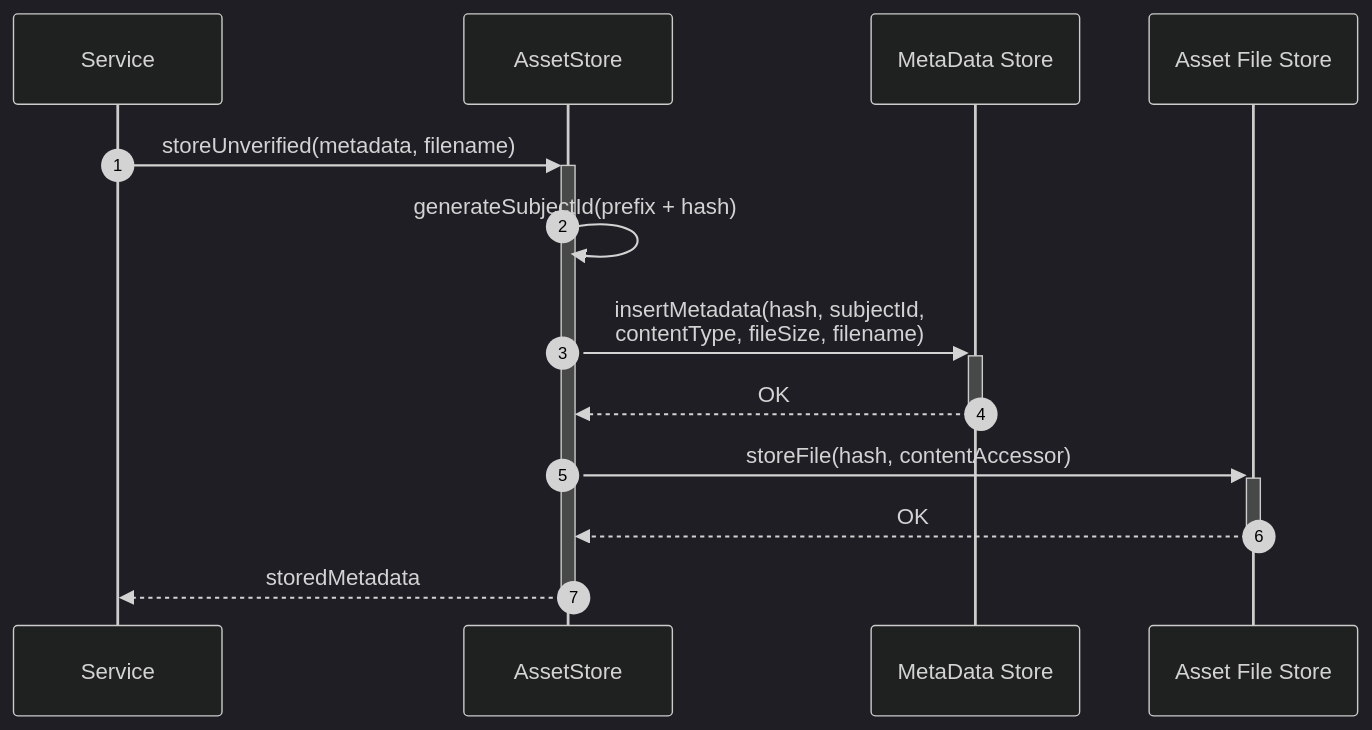
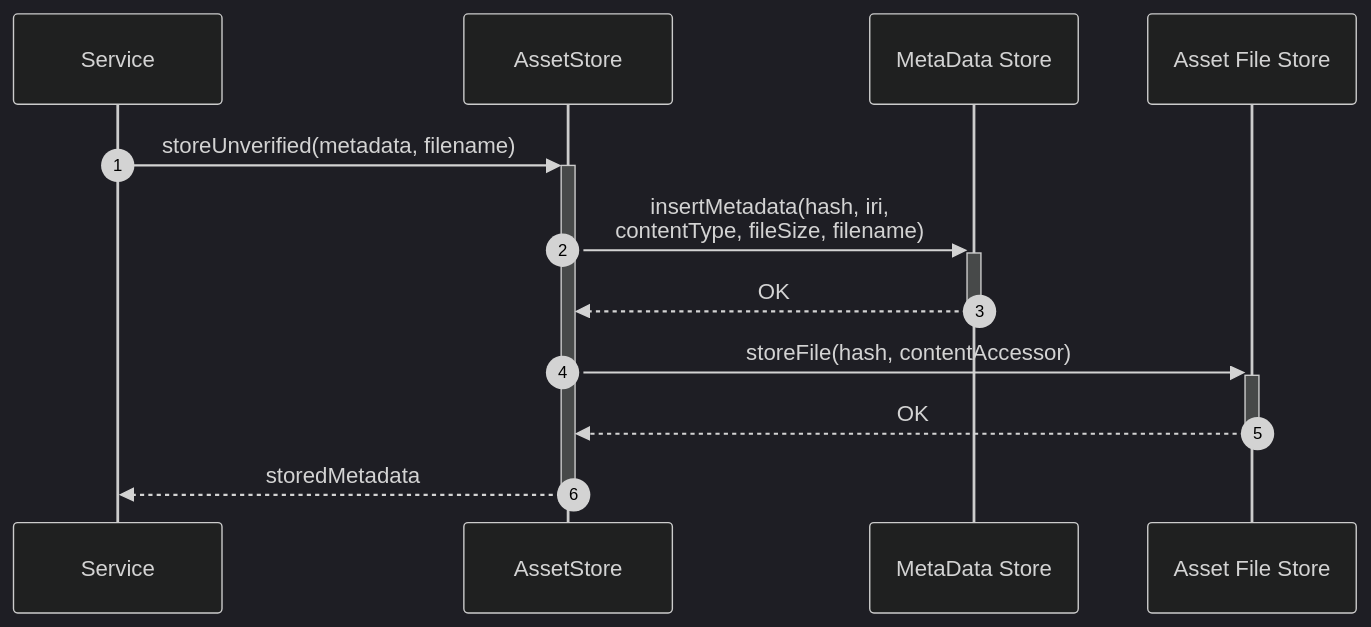
Diagram 32 of 35 in federated-catalogue/src/docs/architecture/chapters/06_runtime_view.adoc (federated-catalogue-enhancements-2026/docs), drawn with Mermaid (dark theme) before and after one commit. The commit also changed other lines of this file and 4 other files, not shown here.

First line of the commit message:
Enhancement  [CAT-FR-AM-02] Asset IRI Assignment (#11)

```diff
--- a/federated-catalogue/src/docs/architecture/chapters/06_runtime_view.adoc
+++ b/federated-catalogue/src/docs/architecture/chapters/06_runtime_view.adoc
@@ -1033,16 +1038,15 @@
 [mermaid, width=2000]
 ....
 sequenceDiagram
     autonumber
     participant Service
     participant AssetStore as AssetStore
     participant MetaData as MetaData Store
     participant FileStore as Asset File Store
     Service ->> + AssetStore: storeUnverified(metadata, filename)
-    AssetStore ->> AssetStore: generateSubjectId(prefix + hash)
-    AssetStore ->> + MetaData: insertMetadata(hash, subjectId,<br>contentType, fileSize, filename)
+    AssetStore ->> + MetaData: insertMetadata(hash, iri,<br>contentType, fileSize, filename)
     MetaData -->> - AssetStore: OK
     AssetStore ->> + FileStore: storeFile(hash, contentAccessor)
     FileStore -->> - AssetStore: OK
     AssetStore -->> - Service: storedMetadata
 ....
```
